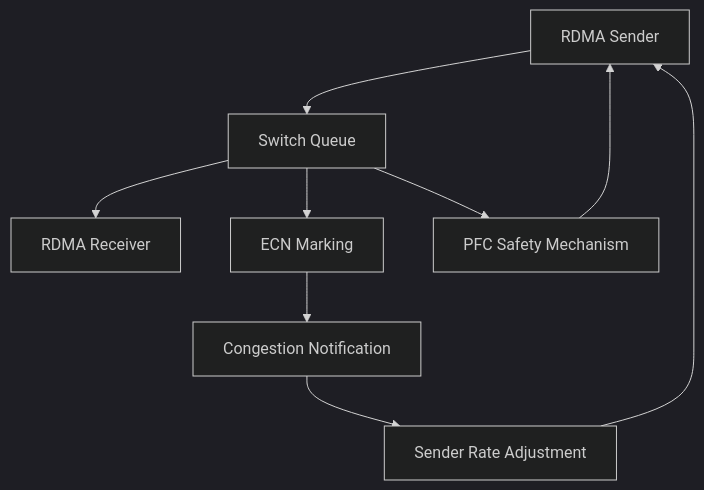
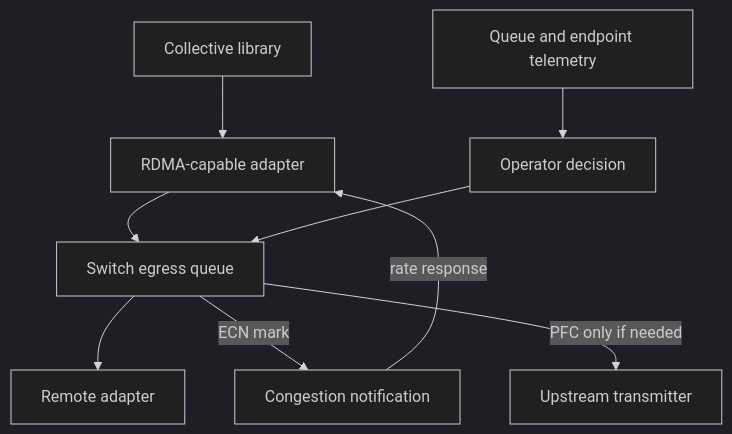
The second of 2 diagrams in docs/nvidia-zero-to-hero/volume-09/chapter-01-why-ethernet-for-ai-is-different.md (jithinpnjm/nvidia-devops), drawn with Mermaid (dark theme) before and after one commit. The commit also changed other lines of this file and 2 other files, not shown here.

````diff
--- a/docs/nvidia-zero-to-hero/volume-09/chapter-01-why-ethernet-for-ai-is-different.md
+++ b/docs/nvidia-zero-to-hero/volume-09/chapter-01-why-ethernet-for-ai-is-different.md
@@ -61,14 +71,11 @@
 ```mermaid
 flowchart TD
-    Sender[RDMA Sender]
-    Queue[Switch Queue]
-    Receiver[RDMA Receiver]
-    ECN[ECN Marking]
-    Feedback[Congestion Notification]
-    Rate[Sender Rate Adjustment]
-    PFC[PFC Safety Mechanism]
-
-    Sender --> Queue --> Receiver
-    Queue --> ECN --> Feedback --> Rate --> Sender
-    Queue --> PFC --> Sender
+    App[Collective library] --> NIC[RDMA-capable adapter]
+    NIC --> Q[Switch egress queue]
+    Q --> Peer[Remote adapter]
+    Q -->|ECN mark| Feedback[Congestion notification]
+    Feedback -->|rate response| NIC
+    Q -->|PFC only if needed| Upstream[Upstream transmitter]
+    Telemetry[Queue and endpoint telemetry] --> Ops[Operator decision]
+    Ops --> Q
 ```
````
